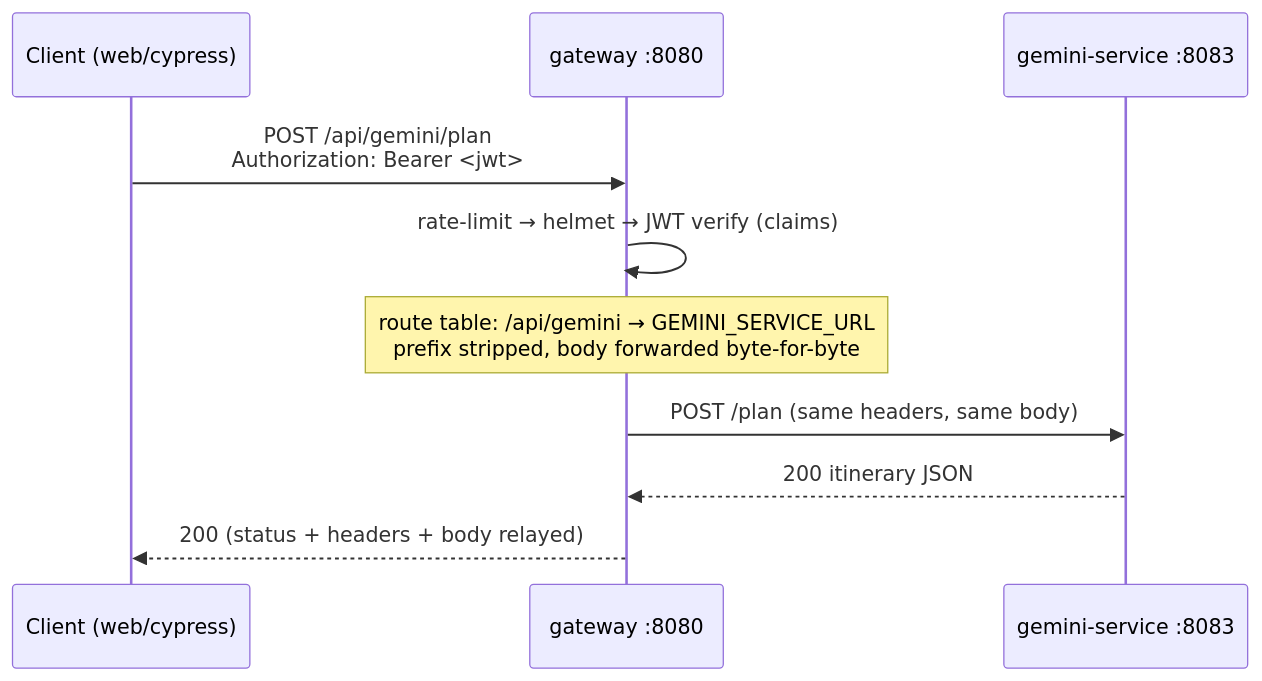
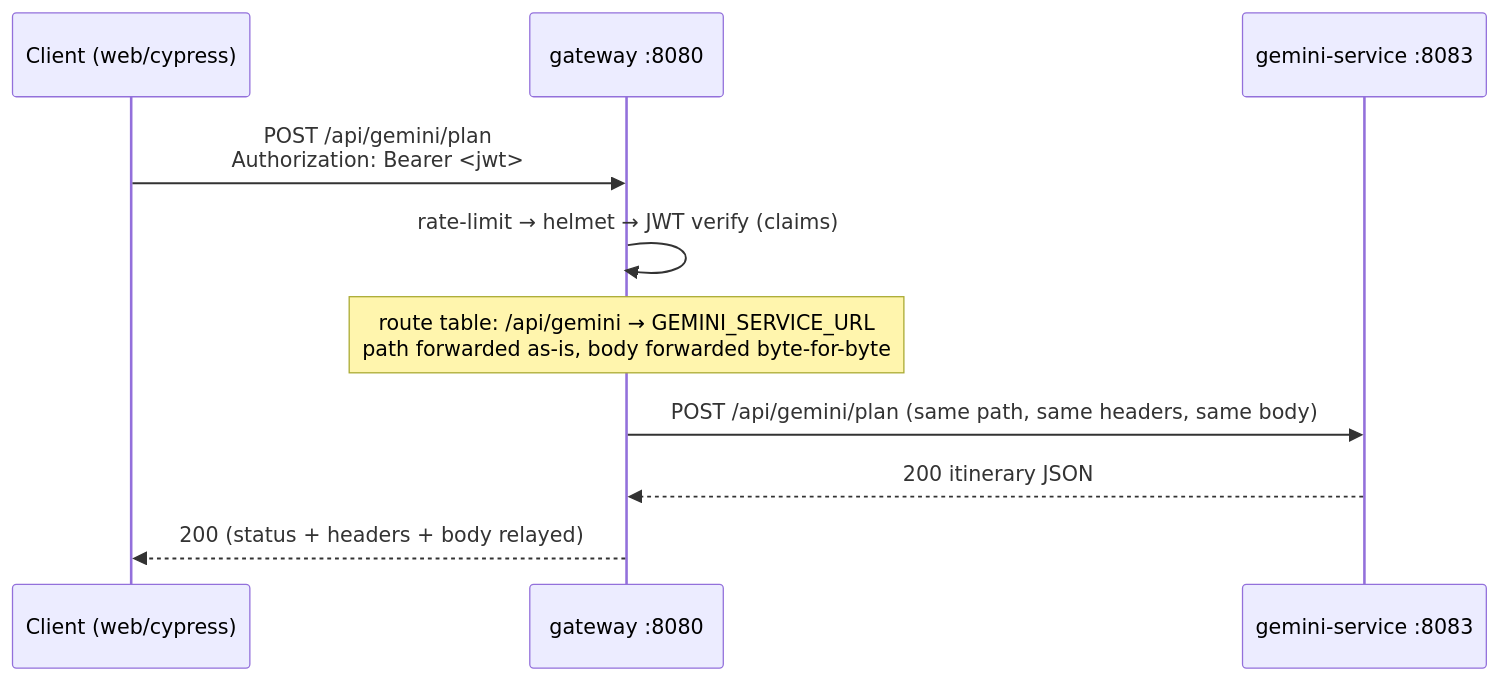
Before and after one commit to jxtoast/Smart_Itinerary: the diagram in services/gateway/README.md, drawn with Mermaid. The commit also changed other lines of this file and 4 other files, not shown here.

````diff
--- a/services/gateway/README.md
+++ b/services/gateway/README.md
@@ -28,12 +30,12 @@
 ```mermaid
 sequenceDiagram
     participant C as Client (web/cypress)
     participant G as gateway :8080
     participant S as gemini-service :8083
     C->>G: POST /api/gemini/plan<br/>Authorization: Bearer <jwt>
     G->>G: rate-limit → helmet → JWT verify (claims)
-    Note over G: route table: /api/gemini → GEMINI_SERVICE_URL<br/>prefix stripped, body forwarded byte-for-byte
-    G->>S: POST /plan (same headers, same body)
+    Note over G: route table: /api/gemini → GEMINI_SERVICE_URL<br/>path forwarded as-is, body forwarded byte-for-byte
+    G->>S: POST /api/gemini/plan (same path, same headers, same body)
     S-->>G: 200 itinerary JSON
     G-->>C: 200 (status + headers + body relayed)
 ```
````
